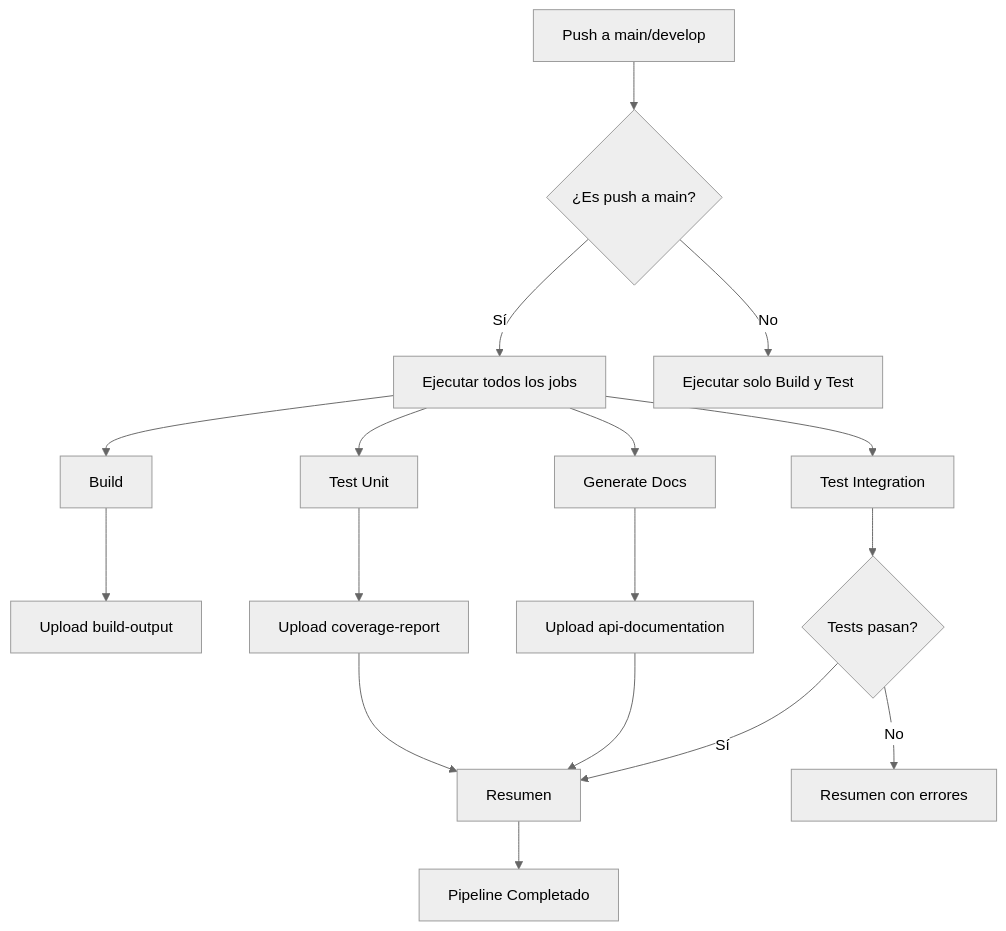
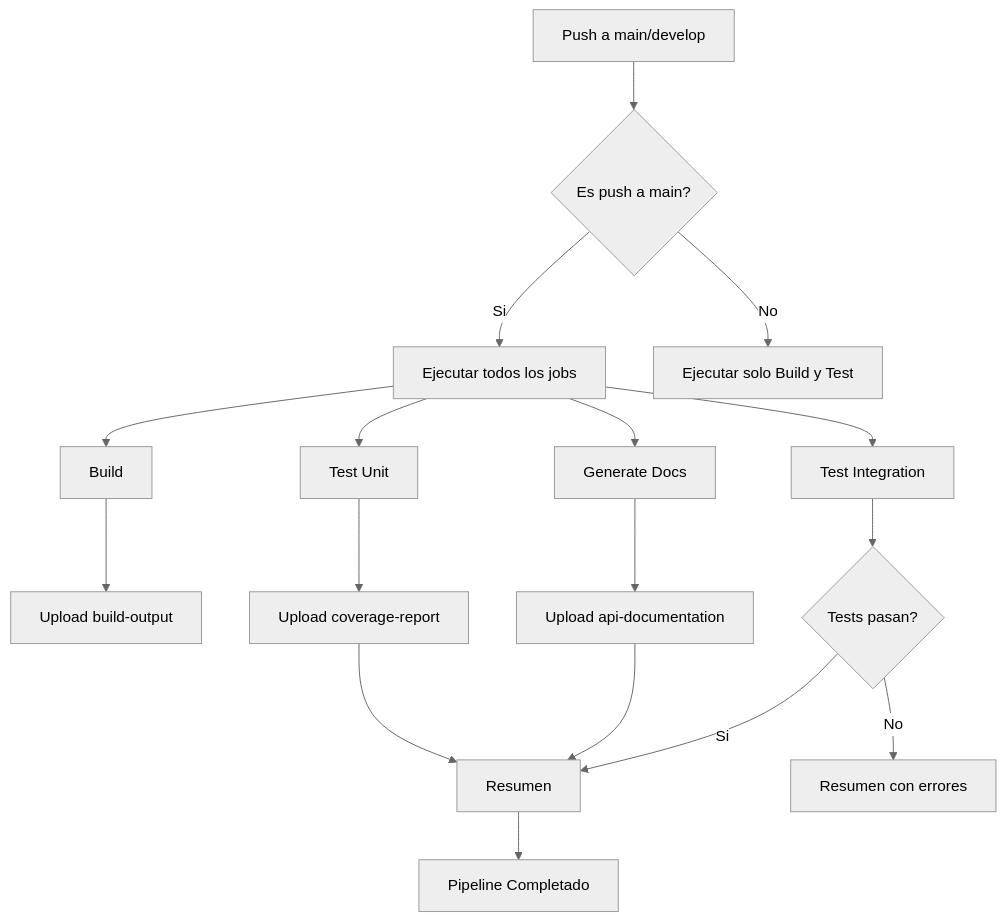
The first of 7 diagrams in doc/28-ci-cd.md (joseluisgs/TiendaDawApi-NetCore), drawn with Mermaid (neutral theme) before and after one commit. The commit also changed other lines of this file, not shown here.

````diff
--- a/doc/28-ci-cd.md
+++ b/doc/28-ci-cd.md
@@ -42,23 +40,23 @@
 ```mermaid
 flowchart TD
-    A[Push a main/develop] --> B{¿Es push a main?}
-    B -->|Sí| C[Ejecutar todos los jobs]
+    A[Push a main/develop] --> B{Es push a main?}
+    B -->|Si| C[Ejecutar todos los jobs]
     B -->|No| D[Ejecutar solo Build y Test]
     
     C --> E[Build]
     C --> F[Test Unit]
     C --> G[Test Integration]
     C --> H[Generate Docs]
     
     E --> I[Upload build-output]
     F --> J[Upload coverage-report]
     G --> K{Tests pasan?}
     H --> L[Upload api-documentation]
     
-    K -->|Sí| M[Resumen]
+    K -->|Si| M[Resumen]
     K -->|No| N[Resumen con errores]
     L --> M
     J --> M
     
     M --> O[Pipeline Completado]
 ```
````
